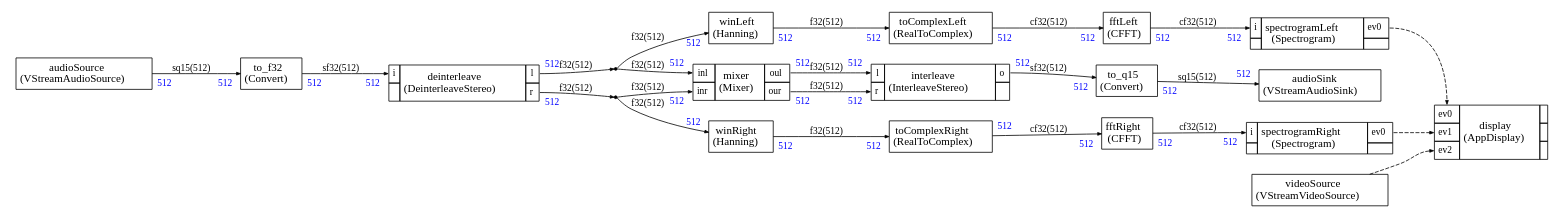
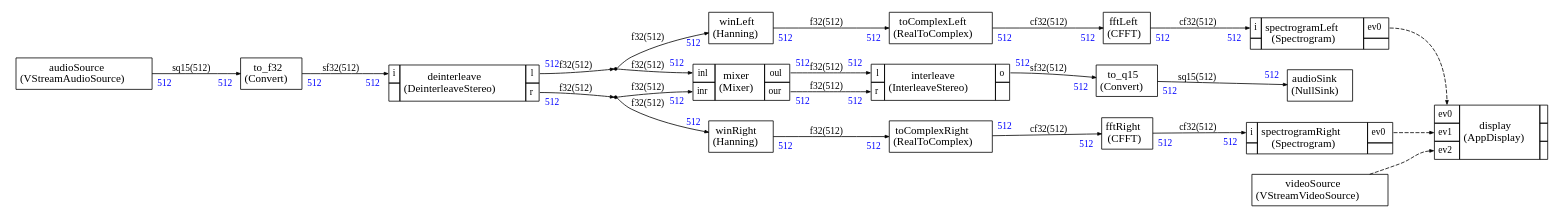
Before and after one commit to christophe0606/AlifAudioExample: the diagram in App_HE/stream/scheduler/graph.dot, drawn with Graphviz. The commit also changed 8 other files, not shown here.

Commit message:
Added a dummy audio sink

```diff
--- a/App_HE/stream/scheduler/graph.dot
+++ b/App_HE/stream/scheduler/graph.dot
@@ -12,7 +12,7 @@
 audioSink [label=<
 <TABLE color="black" bgcolor="none" BORDER="0" CELLBORDER="1" CELLSPACING="0" CELLPADDING="4">
   <TR>
-    <TD ALIGN="CENTER" PORT="i"><FONT COLOR="black" POINT-SIZE="14.0">audioSink<BR/>(VStreamAudioSink)</FONT></TD>
+    <TD ALIGN="CENTER" PORT="i"><FONT COLOR="black" POINT-SIZE="14.0">audioSink<BR/>(NullSink)</FONT></TD>
   </TR>
 </TABLE>>];
 
```
